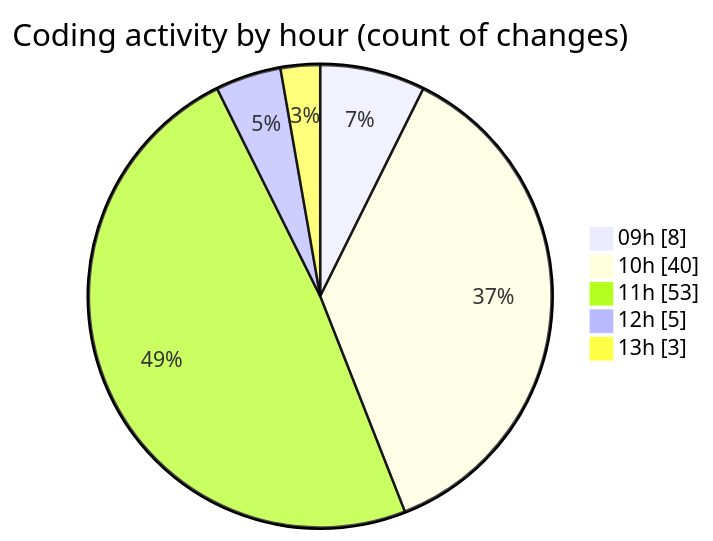
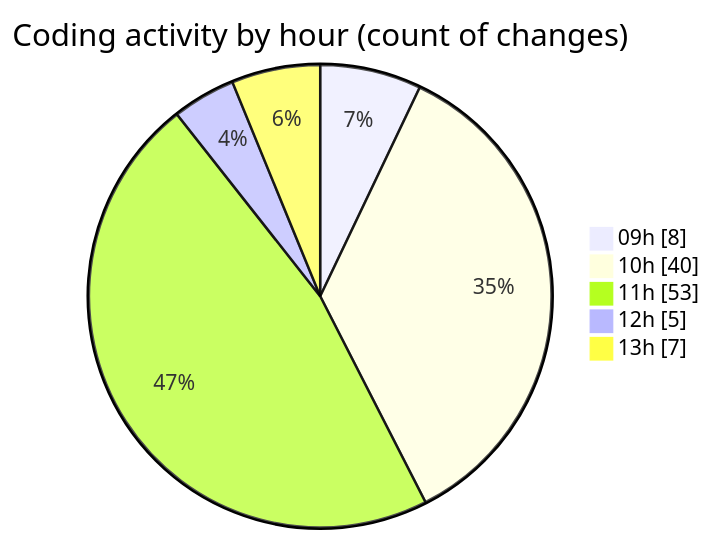
The second of 2 diagrams in 2025-09-01/cda/README.md (momahboobian/code-tracking), drawn with Mermaid before and after one commit. The commit also changed other lines of this file and 1 other file, not shown here.

````diff
--- a/2025-09-01/cda/README.md
+++ b/2025-09-01/cda/README.md
@@ -38,9 +38,9 @@
 ```mermaid
 pie showData
 title Coding activity by hour (count of changes)
 "09h" : 8
 "10h" : 40
 "11h" : 53
 "12h" : 5
-"13h" : 3
+"13h" : 7
 ```
````
